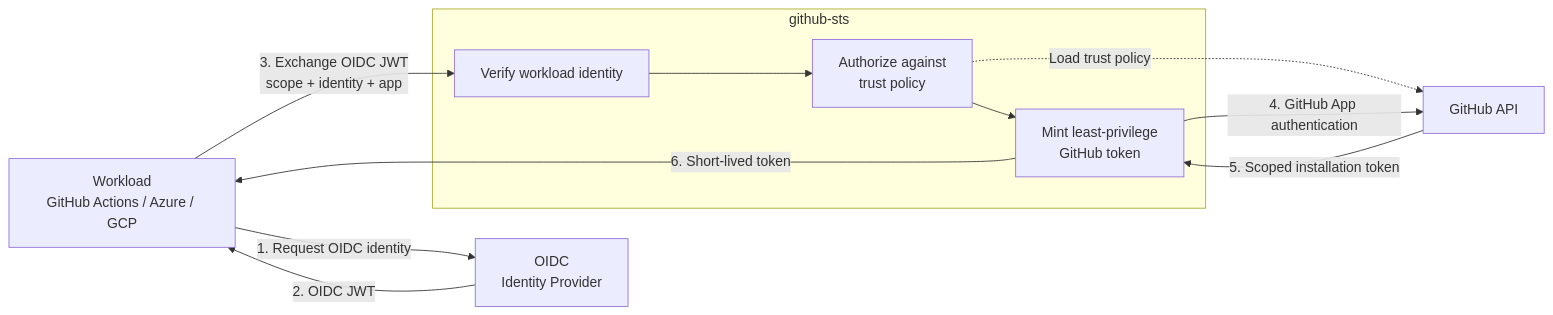
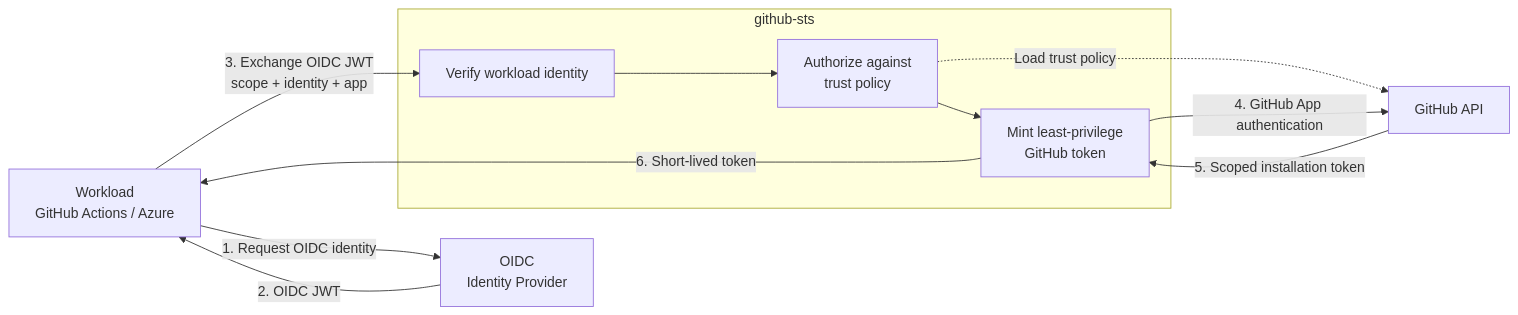
One commit to Depthmark/github-sts changed the first of 4 diagrams in docs/content/fr/concepts/architecture.md. Above: the diagram before and after it, drawn with Mermaid. The commit also changed 16 other files, not shown here.

````diff
--- a/docs/content/fr/concepts/architecture.md
+++ b/docs/content/fr/concepts/architecture.md
@@ -11,27 +11,27 @@
 ```mermaid
 flowchart LR
-    W["Workload<br/>GitHub Actions / Azure / GCP"]
+    W["Workload<br/>GitHub Actions / Azure"]
 
     IDP["OIDC<br/>Identity Provider"]
 
     subgraph STS["github-sts"]
         V["Verify workload identity"]
         A["Authorize against<br/>trust policy"]
         M["Mint least-privilege<br/>GitHub token"]
         V --> A --> M
     end
 
     GH["GitHub API"]
 
     W -- "1. Request OIDC identity" --> IDP
     IDP -- "2. OIDC JWT" --> W
 
     W -- "3. Exchange OIDC JWT<br/>scope + identity + app" --> V
 
     A -. "Load trust policy" .-> GH
 
     M -- "4. GitHub App authentication" --> GH
     GH -- "5. Scoped installation token" --> M
 
     M -- "6. Short-lived token" --> W
 ```
````
